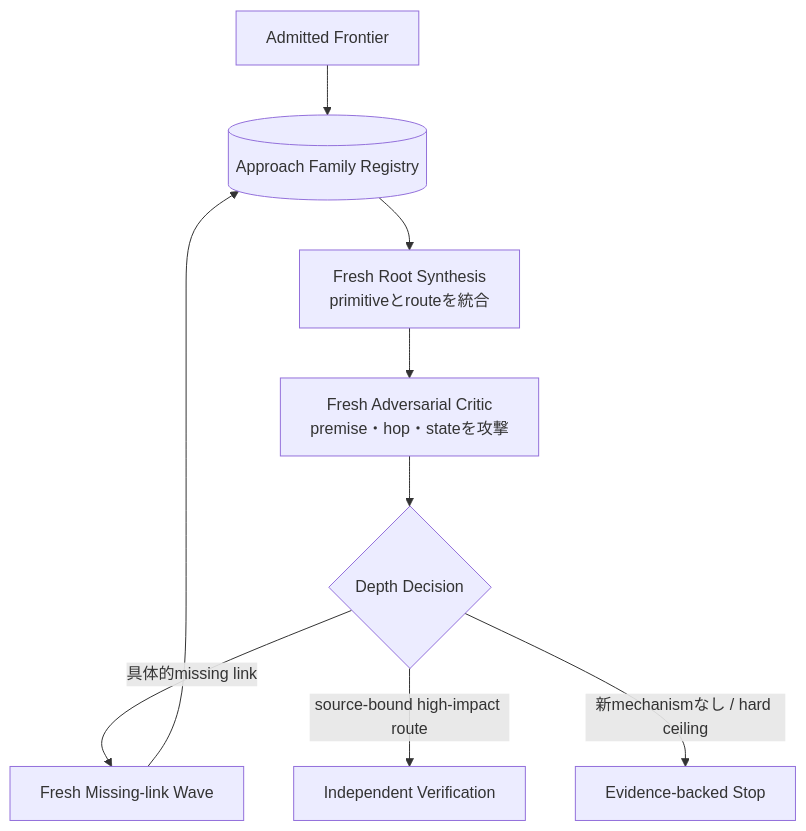
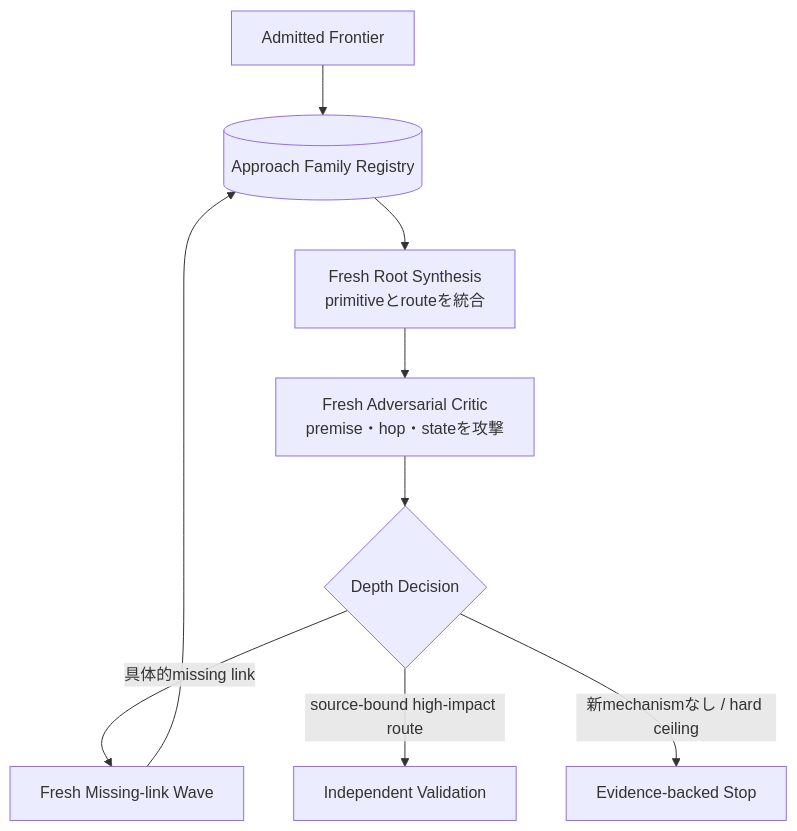
One commit to momoponwork1415-lgtm/wordpress-harness changed the fourth of 4 diagrams in docs/design/architecture/autonomous-research-loop.md. Above: the diagram before and after it, drawn with Mermaid. The commit also changed other lines of this file and 25 other files, not shown here.

Commit message:
Define source validation and human verification

````diff
--- a/docs/design/architecture/autonomous-research-loop.md
+++ b/docs/design/architecture/autonomous-research-loop.md
@@ -97,16 +97,16 @@
 ```mermaid
 flowchart TB
     frontier["Admitted Frontier"]
     registry[("Approach Family Registry")]
     synthesis["Fresh Root Synthesis<br/>primitiveとrouteを統合"]
     critic["Fresh Adversarial Critic<br/>premise・hop・stateを攻撃"]
     decision{"Depth Decision"}
     missing["Fresh Missing-link Wave"]
-    verify["Independent Verification"]
+    validate["Independent Validation"]
     stop["Evidence-backed Stop"]
 
     frontier --> registry --> synthesis --> critic --> decision
     decision -->|"具体的missing link"| missing --> registry
-    decision -->|"source-bound high-impact route"| verify
+    decision -->|"source-bound high-impact route"| validate
     decision -->|"新mechanismなし / hard ceiling"| stop
 ```
````
